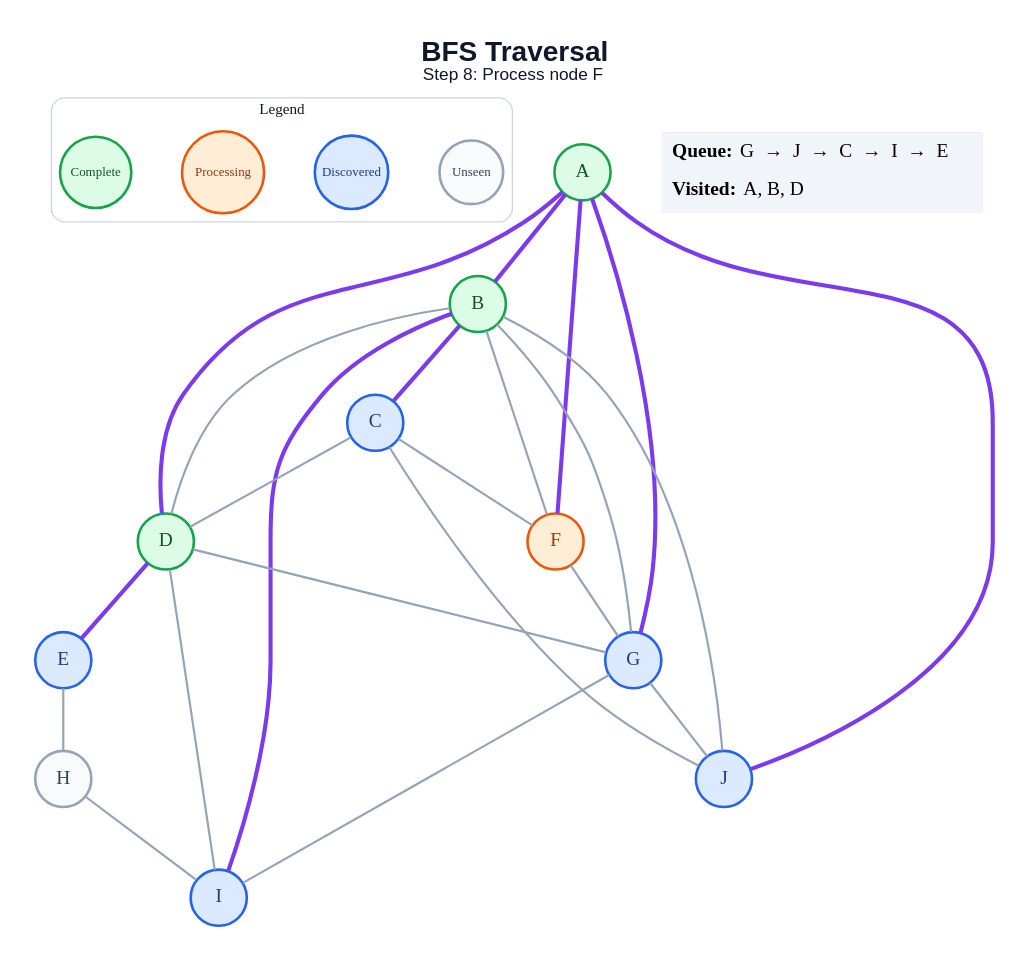
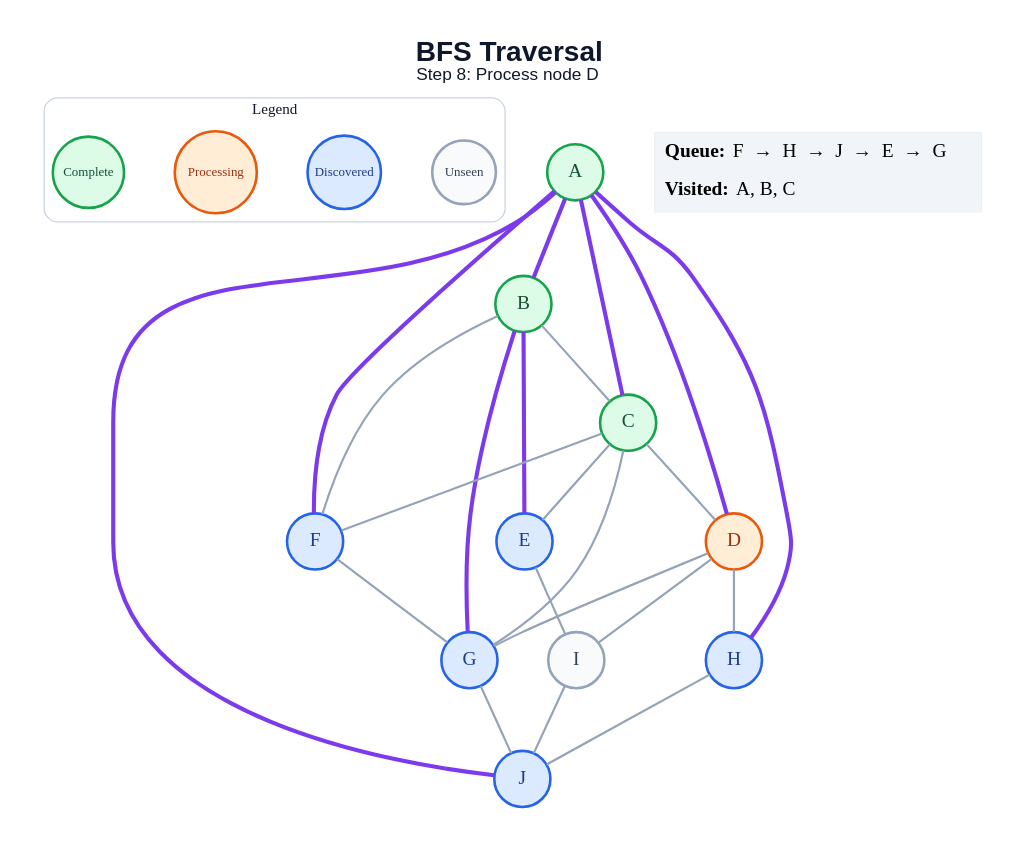
The diagram in generated/bfs/step_08.dot (amanghodawala9/ai-slop), drawn with Graphviz before and after one commit. The commit also changed 178 other files, not shown here.

```diff
--- a/generated/bfs/step_08.dot
+++ b/generated/bfs/step_08.dot
@@ -1,51 +1,51 @@
 graph traversal {
   graph [layout=dot, rankdir=TB, bgcolor="#FFFFFF", pad="0.35", nodesep="0.65", ranksep="0.8", fontname="Arial"];
   node [shape=circle, style="filled", fontname="Arial Bold", fontsize=18, width=0.72, fixedsize=true, penwidth=2.4];
   edge [color="#94A3B8", penwidth=2.0];
-  label=<<B>BFS Traversal</B><BR/><FONT POINT-SIZE="16">Step 8: Process node F</FONT>>; labelloc="t"; fontsize=26; fontname="Arial"; fontcolor="#0F172A";
+  label=<<B>BFS Traversal</B><BR/><FONT POINT-SIZE="16">Step 8: Process node D</FONT>>; labelloc="t"; fontsize=26; fontname="Arial"; fontcolor="#0F172A";
   subgraph cluster_legend { label="Legend"; color="#CBD5E1"; penwidth=1.2; style="rounded"; fontsize=14; fontname="Arial Bold";
     key_unseen [label="Unseen", fillcolor="#F8FAFC", color="#94A3B8", fontcolor="#334155", fontsize=12, width=0.82];
     key_frontier [label="Discovered", fillcolor="#DBEAFE", color="#2563EB", fontcolor="#1E3A8A", fontsize=12, width=0.95];
     key_current [label="Processing", fillcolor="#FFEDD5", color="#EA580C", fontcolor="#9A3412", fontsize=12, width=1.05];
     key_done [label="Complete", fillcolor="#DCFCE7", color="#16A34A", fontcolor="#14532D", fontsize=12, width=0.92];
     { rank=same; key_unseen; key_frontier; key_current; key_done; }
   }
   A [fillcolor="#DCFCE7", color="#16A34A", fontcolor="#14532D"];
   B [fillcolor="#DCFCE7", color="#16A34A", fontcolor="#14532D"];
-  C [fillcolor="#DBEAFE", color="#2563EB", fontcolor="#1E3A8A"];
-  D [fillcolor="#DCFCE7", color="#16A34A", fontcolor="#14532D"];
+  C [fillcolor="#DCFCE7", color="#16A34A", fontcolor="#14532D"];
+  D [fillcolor="#FFEDD5", color="#EA580C", fontcolor="#9A3412"];
   E [fillcolor="#DBEAFE", color="#2563EB", fontcolor="#1E3A8A"];
-  F [fillcolor="#FFEDD5", color="#EA580C", fontcolor="#9A3412"];
+  F [fillcolor="#DBEAFE", color="#2563EB", fontcolor="#1E3A8A"];
   G [fillcolor="#DBEAFE", color="#2563EB", fontcolor="#1E3A8A"];
-  H [fillcolor="#F8FAFC", color="#94A3B8", fontcolor="#334155"];
-  I [fillcolor="#DBEAFE", color="#2563EB", fontcolor="#1E3A8A"];
+  H [fillcolor="#DBEAFE", color="#2563EB", fontcolor="#1E3A8A"];
+  I [fillcolor="#F8FAFC", color="#94A3B8", fontcolor="#334155"];
   J [fillcolor="#DBEAFE", color="#2563EB", fontcolor="#1E3A8A"];
   A -- B [color="#7C3AED", penwidth=3.8];
+  A -- C [color="#7C3AED", penwidth=3.8];
   A -- D [color="#7C3AED", penwidth=3.8];
   A -- F [color="#7C3AED", penwidth=3.8];
-  A -- G [color="#7C3AED", penwidth=3.8];
+  A -- H [color="#7C3AED", penwidth=3.8];
   A -- J [color="#7C3AED", penwidth=3.8];
-  B -- C [color="#7C3AED", penwidth=3.8];
-  B -- D;
+  B -- C;
+  B -- E [color="#7C3AED", penwidth=3.8];
   B -- F;
-  B -- G;
-  B -- I [color="#7C3AED", penwidth=3.8];
-  B -- J;
+  B -- G [color="#7C3AED", penwidth=3.8];
   C -- D;
+  C -- E;
   C -- F;
-  C -- J;
-  D -- E [color="#7C3AED", penwidth=3.8];
+  C -- G;
   D -- G;
+  D -- H;
   D -- I;
-  E -- H;
+  E -- I;
   F -- G;
-  G -- I;
   G -- J;
-  H -- I;
+  H -- J;
+  I -- J;
   status [shape=plain, fixedsize=false, width=0, height=0, margin=0, label=<
     <TABLE BORDER="0" CELLBORDER="0" CELLPADDING="7" BGCOLOR="#F1F5F9">
-      <TR><TD ALIGN="LEFT"><B>Queue:</B> G  →  J  →  C  →  I  →  E</TD></TR>
-      <TR><TD ALIGN="LEFT"><B>Visited:</B> A, B, D</TD></TR>
+      <TR><TD ALIGN="LEFT"><B>Queue:</B> F  →  H  →  J  →  E  →  G</TD></TR>
+      <TR><TD ALIGN="LEFT"><B>Visited:</B> A, B, C</TD></TR>
     </TABLE>
   >];
 }
```
